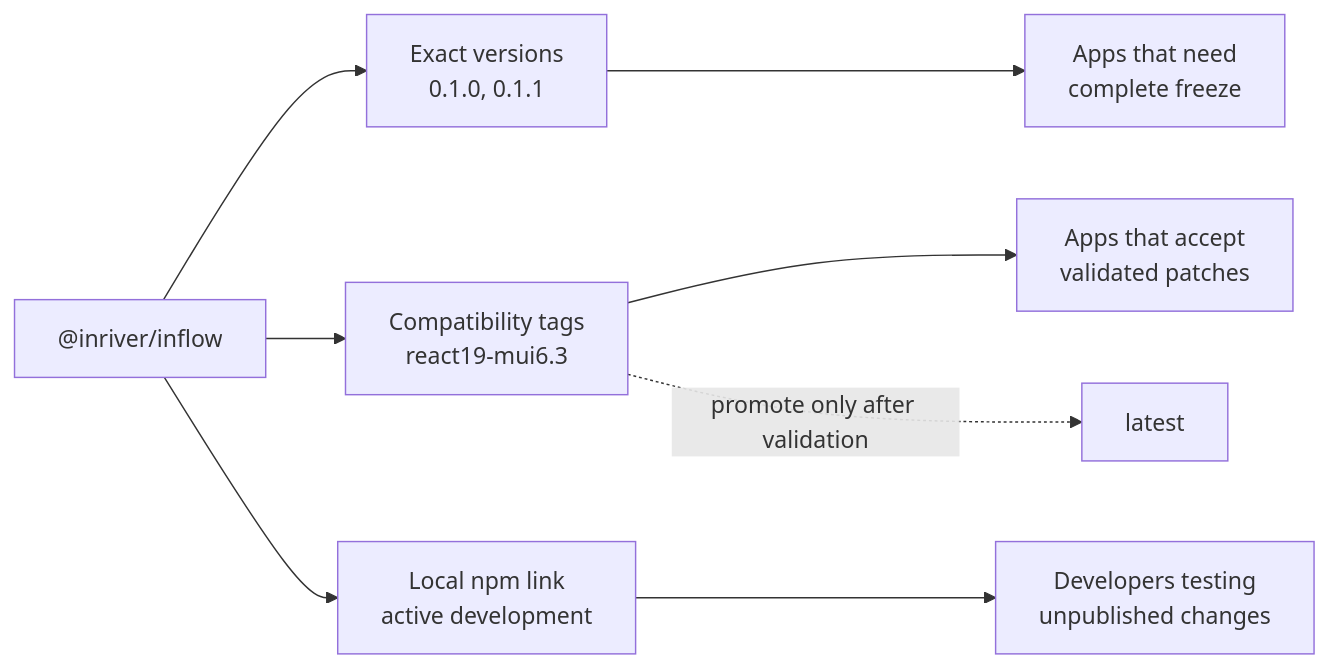
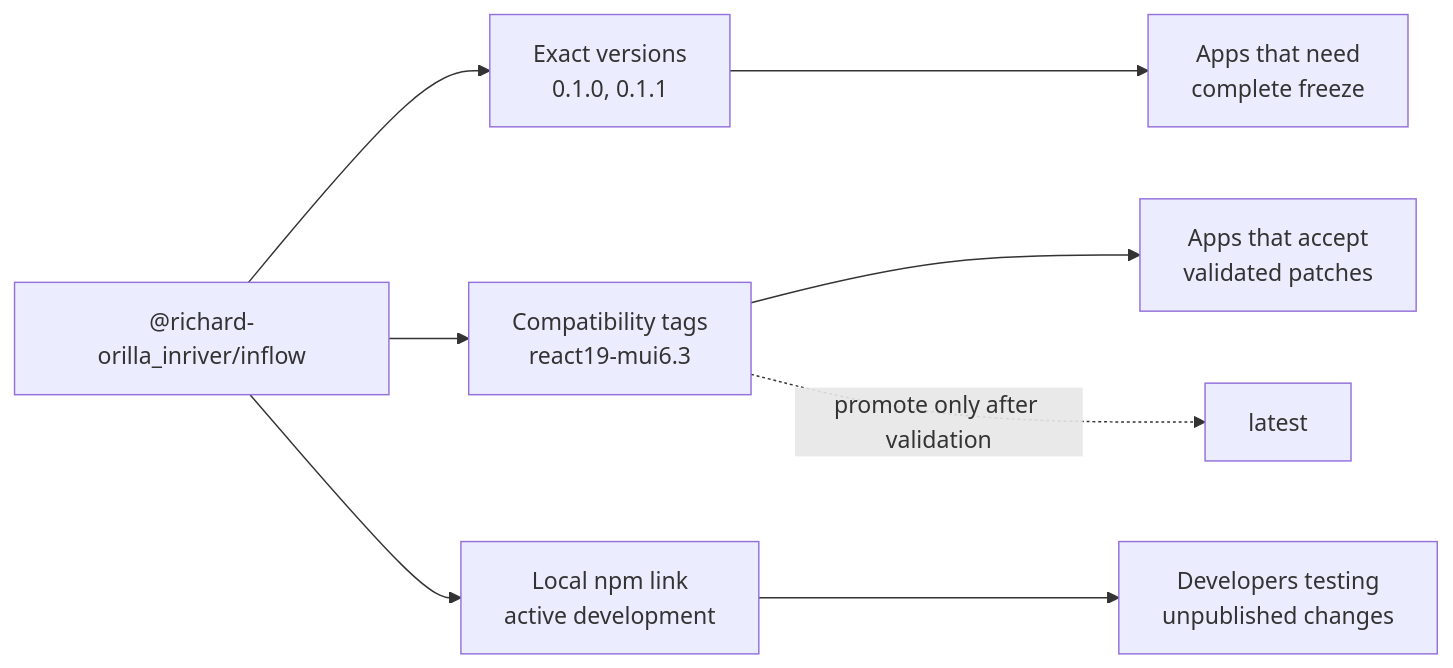
One commit to inRiver/inflow-react changed the first of 2 diagrams in README.md. Above: the diagram before and after it, drawn with Mermaid. The commit also changed other lines of this file and 6 other files, not shown here.

First line of the commit message:
docs: update package references to beta scope @richard-orilla_inriver/inflow

````diff
--- a/README.md
+++ b/README.md
@@ -75,12 +75,12 @@
 ```mermaid
 flowchart LR
-  ThemeRepo["@inriver/inflow"] --> Exact["Exact versions\n0.1.0, 0.1.1"]
+  ThemeRepo["@richard-orilla_inriver/inflow"] --> Exact["Exact versions\n0.1.0, 0.1.1"]
   ThemeRepo --> Tags["Compatibility tags\nreact19-mui6.3"]
   ThemeRepo --> Local["Local npm link\nactive development"]
 
   Exact --> FrozenApps["Apps that need\ncomplete freeze"]
   Tags --> StableApps["Apps that accept\nvalidated patches"]
   Local --> DevApps["Developers testing\nunpublished changes"]
 
   Tags -. "promote only after validation" .-> Latest["latest"]
 ```
````
